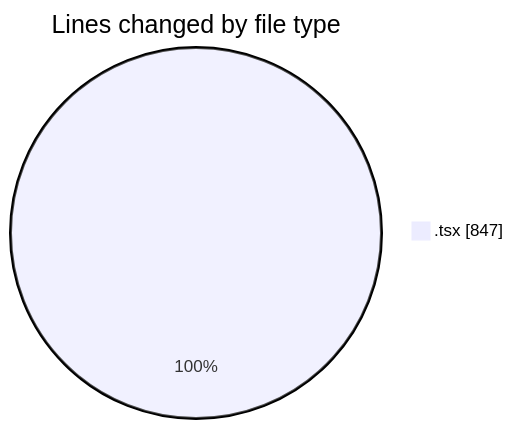
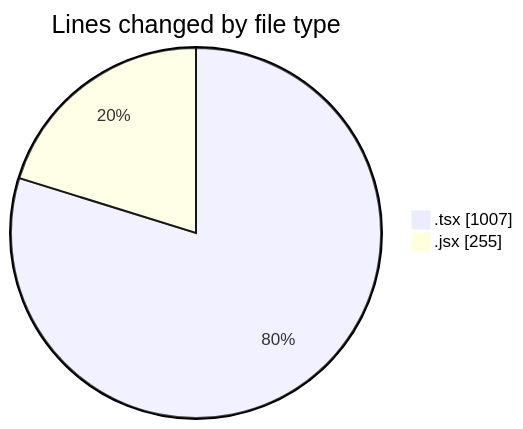
The first of 2 diagrams in 2025-02-10/termonied-web/README.md (robertbonfada/code-tracking), drawn with Mermaid before and after one commit. The commit also changed other lines of this file and 1 other file, not shown here.

````diff
--- a/2025-02-10/termonied-web/README.md
+++ b/2025-02-10/termonied-web/README.md
@@ -21,5 +23,6 @@
 ```mermaid
 pie showData
 title Lines changed by file type
-".tsx" : 847
+".tsx" : 1007
+".jsx" : 255
 ```
````
